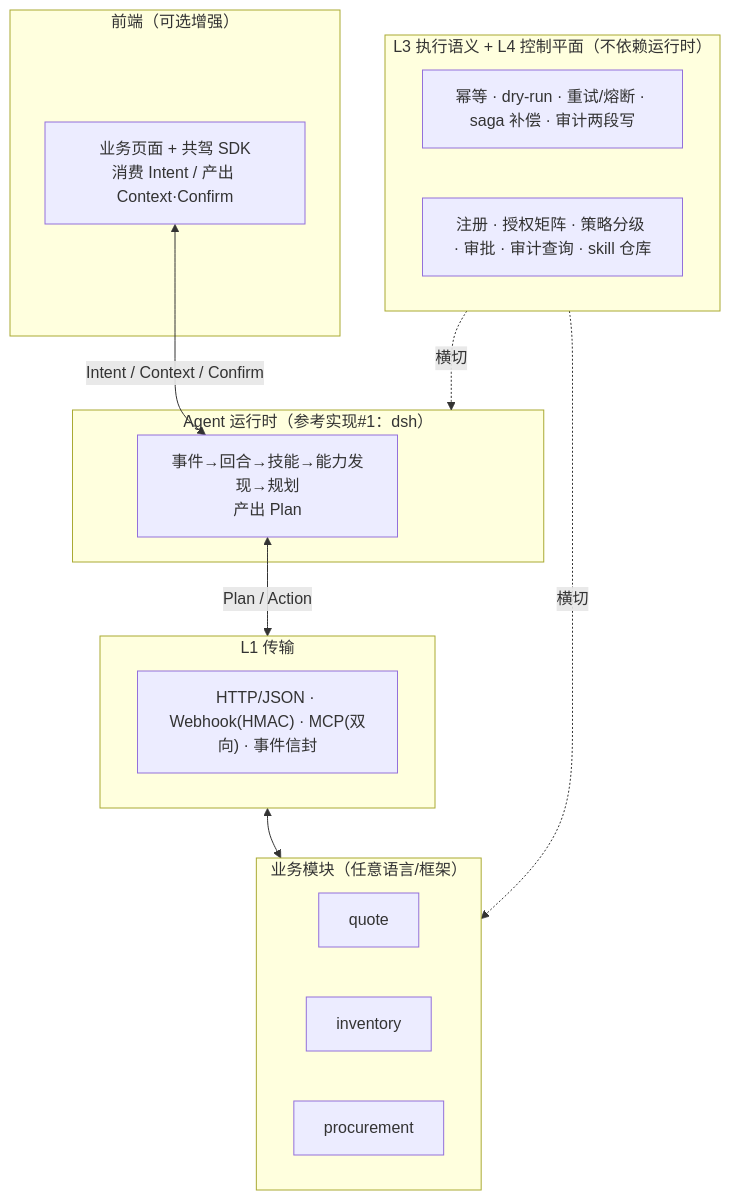
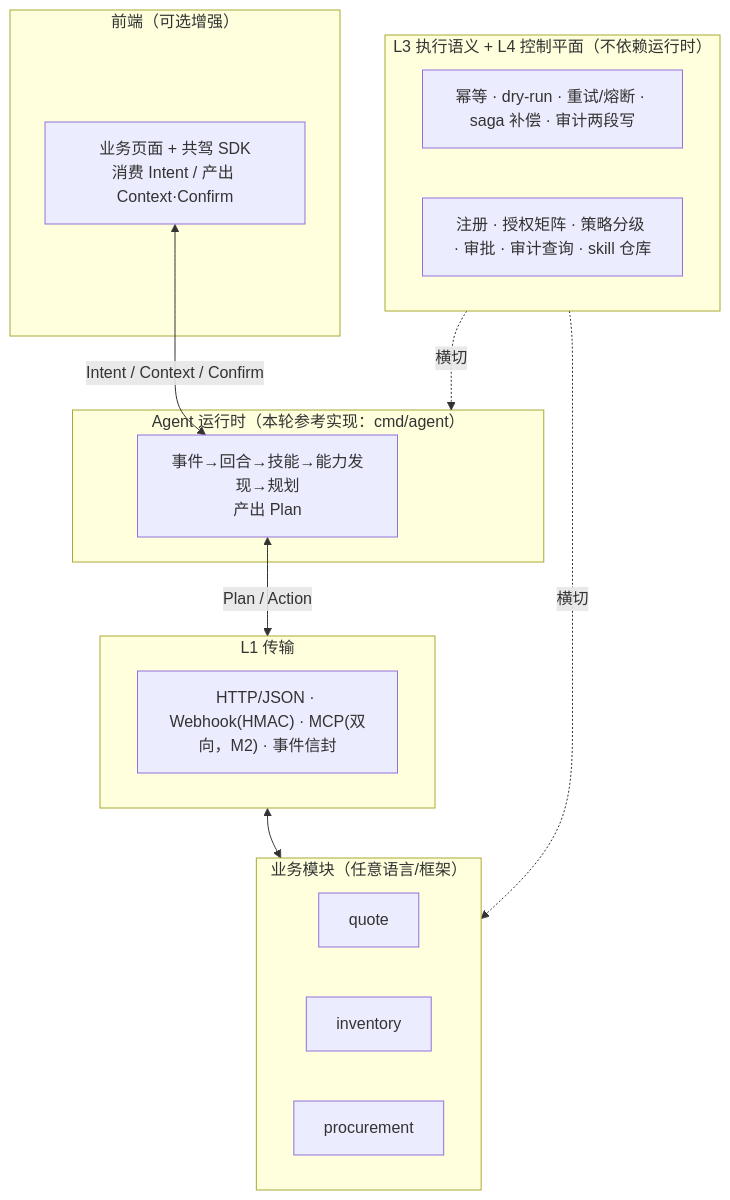
Before and after one commit to Esp-oss/tenon: the diagram in README.md, drawn with Mermaid. The commit also changed other lines of this file and 10 other files, not shown here.

````diff
--- a/README.md
+++ b/README.md
@@ -47,27 +47,27 @@
 ```mermaid
 flowchart TB
     subgraph FE["前端（可选增强）"]
         UI["业务页面 + 共驾 SDK<br/>消费 Intent / 产出 Context·Confirm"]
     end
-    subgraph RT["Agent 运行时（参考实现#1：dsh）"]
+    subgraph RT["Agent 运行时（本轮参考实现：cmd/agent）"]
         AG["事件→回合→技能→能力发现→规划<br/>产出 Plan"]
     end
     subgraph MOD["业务模块（任意语言/框架）"]
         M1["quote"]
         M2["inventory"]
         M3["procurement"]
     end
     subgraph L1["L1 传输"]
-        T["HTTP/JSON · Webhook(HMAC) · MCP(双向) · 事件信封"]
+        T["HTTP/JSON · Webhook(HMAC) · MCP(双向，M2) · 事件信封"]
     end
     subgraph X["L3 执行语义 + L4 控制平面（不依赖运行时）"]
         X1["幂等 · dry-run · 重试/熔断 · saga 补偿 · 审计两段写"]
         X2["注册 · 授权矩阵 · 策略分级 · 审批 · 审计查询 · skill 仓库"]
     end
 
     UI <-->|"Intent / Context / Confirm"| AG
     AG <-->|"Plan / Action"| L1
     L1 <--> MOD
     X -.横切.-> RT
     X -.横切.-> MOD
 ```
````
